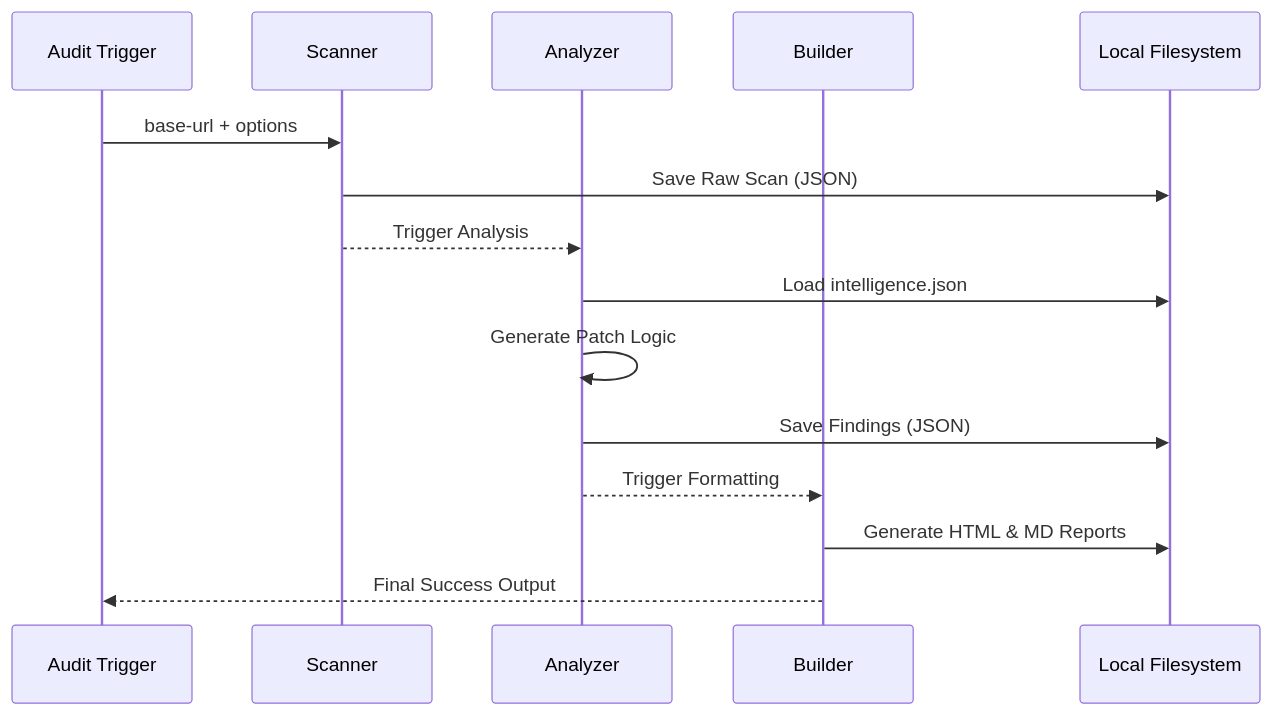
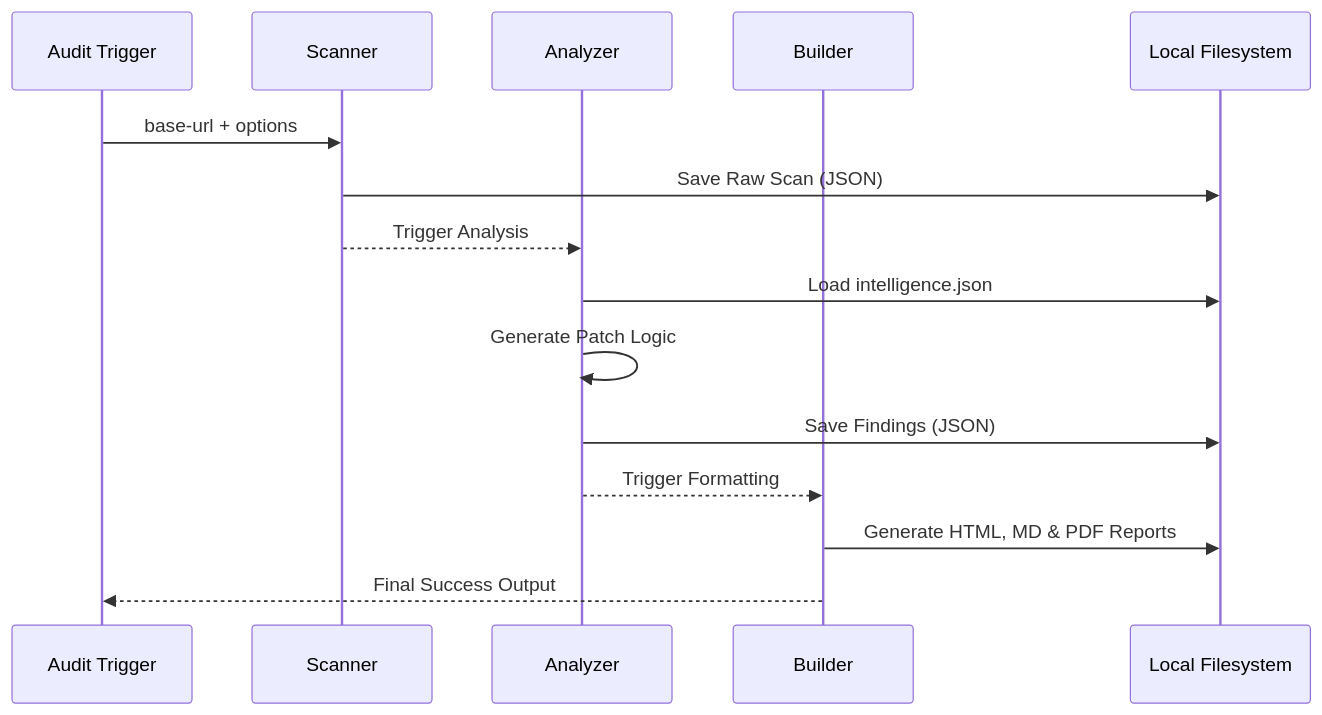
The second of 2 diagrams in docs/architecture.md (diegovelasquezweb/a11y-skill), drawn with Mermaid before and after one commit. The commit also changed other lines of this file and 2 other files, not shown here.

Commit message:
feat: add PDF report generation, WCAG criterion mapping, and a new manual checks system.

````diff
--- a/docs/architecture.md
+++ b/docs/architecture.md
@@ -56,18 +57,18 @@
 ```mermaid
 sequenceDiagram
     participant CLI as Audit Trigger
     participant S as Scanner
     participant A as Analyzer
     participant B as Builder
     participant FS as Local Filesystem
 
     CLI->>S: base-url + options
     S->>FS: Save Raw Scan (JSON)
     S-->>A: Trigger Analysis
     A->>FS: Load intelligence.json
     A->>A: Generate Patch Logic
     A->>FS: Save Findings (JSON)
     A-->>B: Trigger Formatting
-    B->>FS: Generate HTML & MD Reports
+    B->>FS: Generate HTML, MD & PDF Reports
     B-->>CLI: Final Success Output
 ```
````
